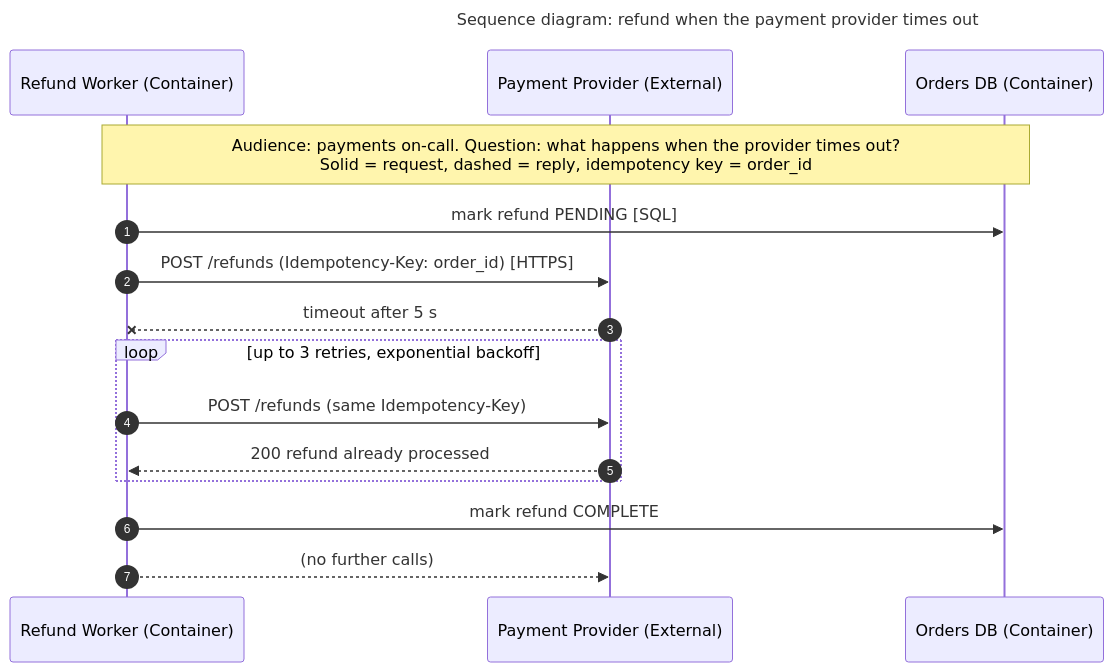
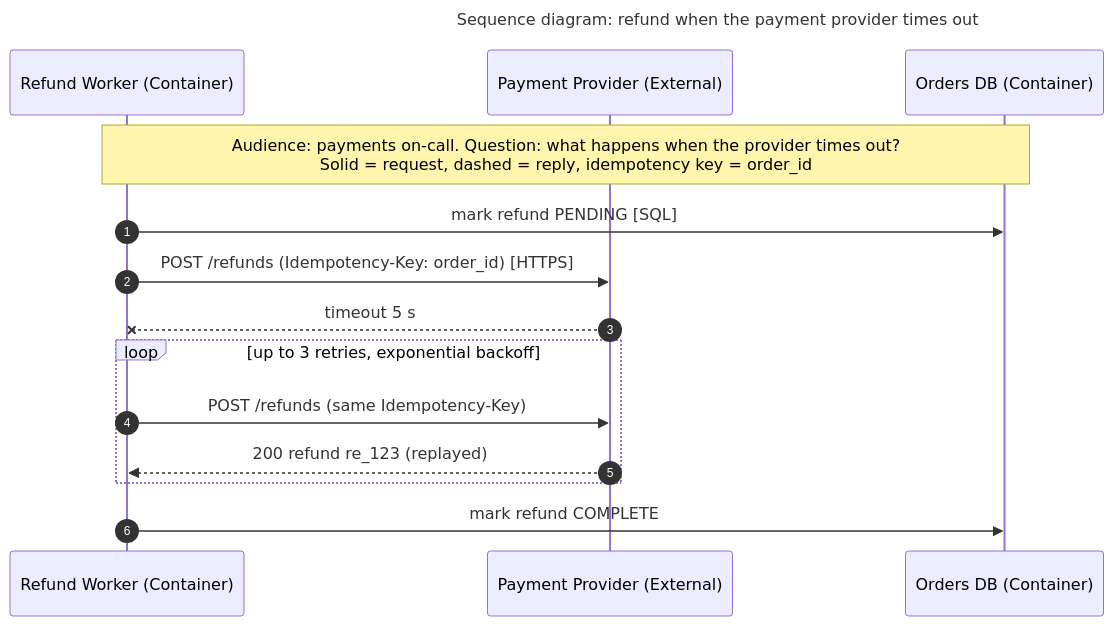
One commit to ivanv33/skills changed the third of 5 diagrams in architecture-diagrams/assets/mermaid-examples.md. Above: the diagram before and after it, drawn with Mermaid. The commit also changed other lines of this file and 2 other files, not shown here.

Commit message:
Ban parentheticals and adjective tags in arrow labels
Iteration-3 runs still wrote 7-10 word sequence replies, always via a
parenthetical explanation, and one tagged a replication arrow "[async]".
The rule now says: no parentheses, parameter lists or SQL in a label,
and the bracket tag names a transport, never a property. Examples
adjusted to match.

Claude-Session: https://claude.ai/code/session_01SDcZxgA4pP5HU1GH3GhSm6

````diff
--- a/architecture-diagrams/assets/mermaid-examples.md
+++ b/architecture-diagrams/assets/mermaid-examples.md
@@ -91,21 +91,20 @@
 ```mermaid
 ---
 title: "Sequence diagram: refund when the payment provider times out"
 ---
 sequenceDiagram
     autonumber
     participant W as Refund Worker (Container)
     participant P as Payment Provider (External)
     participant D as Orders DB (Container)
 
     Note over W,D: Audience: payments on-call. Question: what happens when the provider times out?<br/>Solid = request, dashed = reply, idempotency key = order_id
     W->>D: mark refund PENDING [SQL]
     W->>P: POST /refunds (Idempotency-Key: order_id) [HTTPS]
-    P--xW: timeout after 5 s
+    P--xW: timeout 5 s
     loop up to 3 retries, exponential backoff
         W->>P: POST /refunds (same Idempotency-Key)
-        P-->>W: 200 refund already processed
+        P-->>W: 200 refund re_123 (replayed)
     end
     W->>D: mark refund COMPLETE
-    W-->>P: (no further calls)
 ```
````
